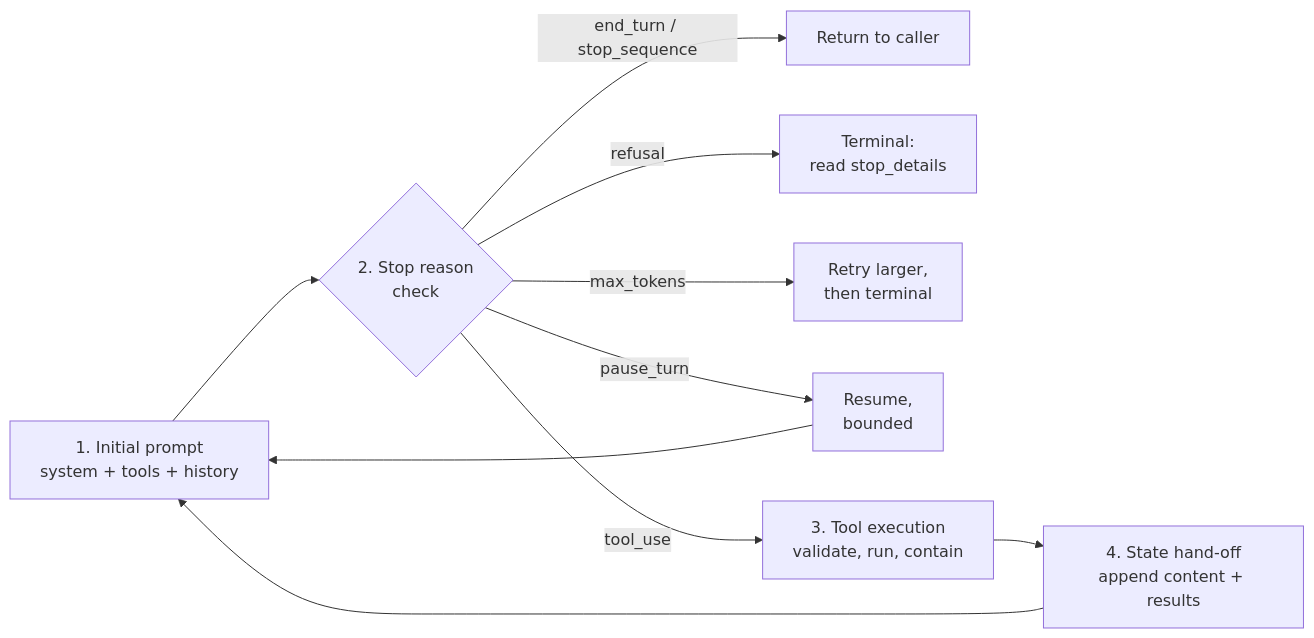
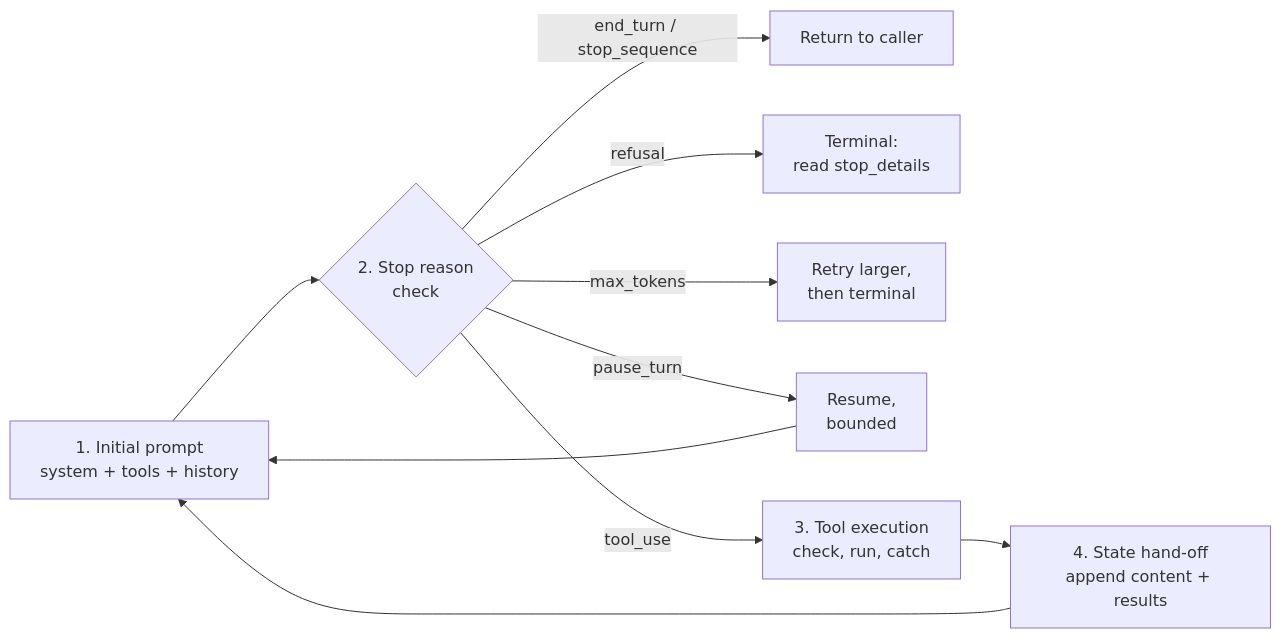
Before and after one commit to project-delphi/ml-blog: the diagram in posts/claude-architect-prep-week-1/index.qmd, drawn with Mermaid. The commit also changed other lines of this file and 3 other files, not shown here.

````diff
--- a/posts/claude-architect-prep-week-1/index.qmd
+++ b/posts/claude-architect-prep-week-1/index.qmd
@@ -55,12 +55,12 @@
 ```{mermaid}
 flowchart LR
     A["1. Initial prompt<br/>system + tools + history"] --> B{"2. Stop reason<br/>check"}
     B -->|end_turn / stop_sequence| Z["Return to caller"]
     B -->|refusal| R["Terminal:<br/>read stop_details"]
     B -->|max_tokens| T["Retry larger,<br/>then terminal"]
     B -->|pause_turn| P["Resume,<br/>bounded"]
-    B -->|tool_use| C["3. Tool execution<br/>validate, run, contain"]
+    B -->|tool_use| C["3. Tool execution<br/>check, run, catch"]
     C --> D["4. State hand-off<br/>append content + results"]
     D --> A
     P --> A
 ```
````
